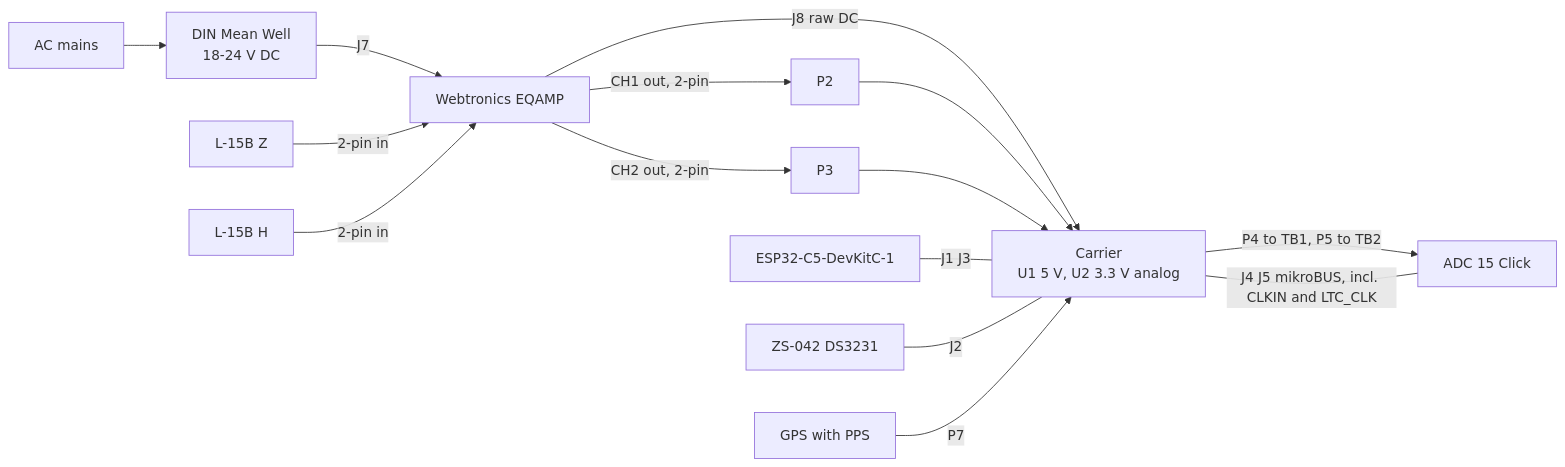
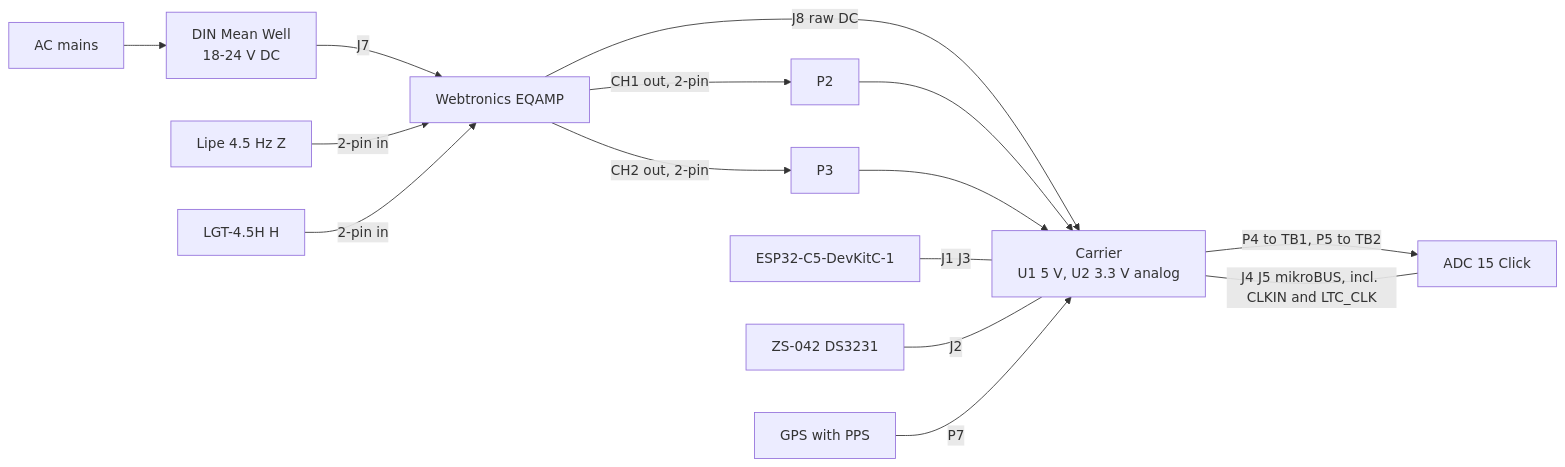
One commit to vpatoka/esp32seismo changed the diagram in hardware/carrier/README.md. Above: the diagram before and after it, drawn with Mermaid. The commit also changed other lines of this file and 6 other files, not shown here.

````diff
--- a/hardware/carrier/README.md
+++ b/hardware/carrier/README.md
@@ -39,17 +39,17 @@
 ```mermaid
 flowchart LR
     AC[AC mains] --> PSU[DIN Mean Well<br/>18-24 V DC]
     PSU -->|J7| EQ[Webtronics EQAMP]
     EQ -->|J8 raw DC| CB[Carrier<br/>U1 5 V, U2 3.3 V analog]
-    GZ[L-15B Z] -->|2-pin in| EQ
-    GH[L-15B H] -->|2-pin in| EQ
+    GZ[Lipe 4.5 Hz Z] -->|2-pin in| EQ
+    GH[LGT-4.5H H] -->|2-pin in| EQ
     EQ -->|CH1 out, 2-pin| P2[P2]
     EQ -->|CH2 out, 2-pin| P3[P3]
     P2 --> CB
     P3 --> CB
     CB -->|P4 to TB1, P5 to TB2| CLICK[ADC 15 Click]
     CLICK ---|J4 J5 mikroBUS, incl. CLKIN and LTC_CLK| CB
     DK[ESP32-C5-DevKitC-1] ---|J1 J3| CB
     RTC[ZS-042 DS3231] ---|J2| CB
     GPS[GPS with PPS] -->|P7| CB
 ```
````
